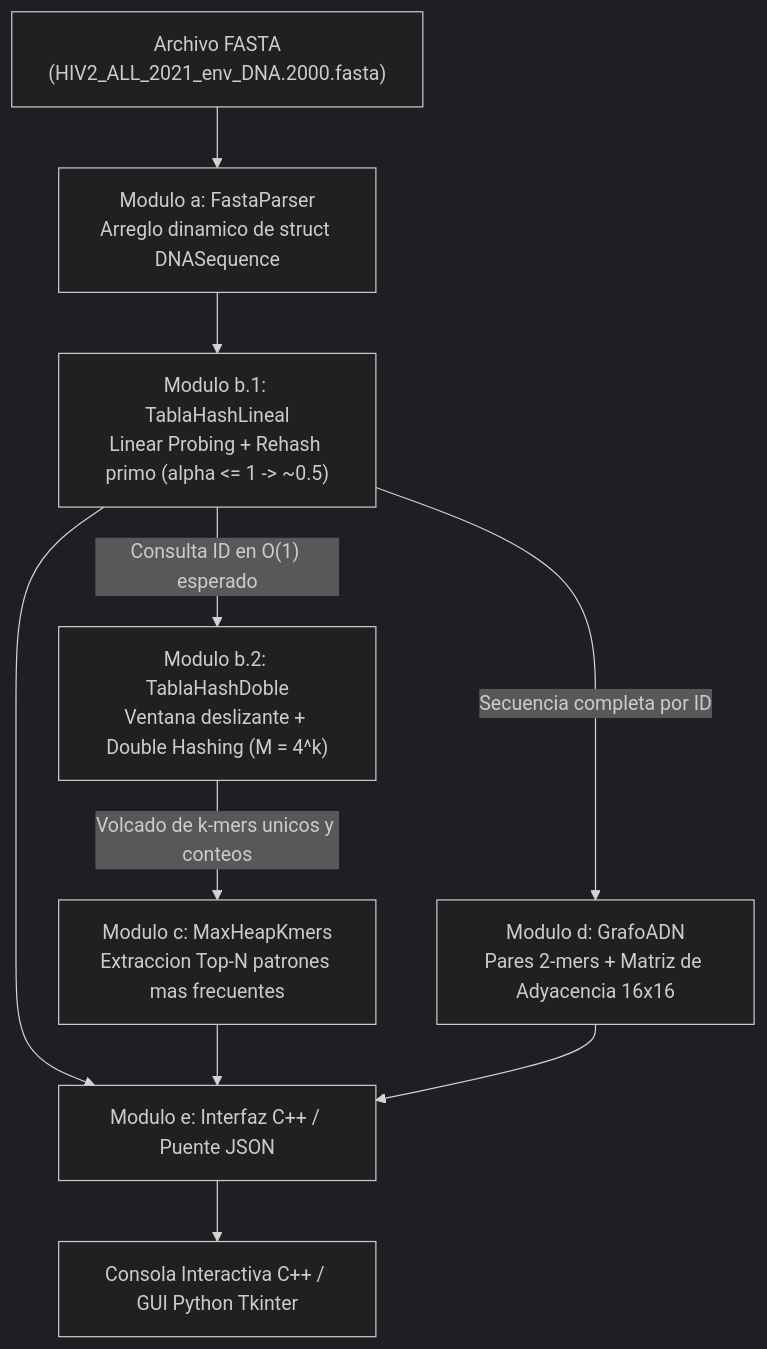
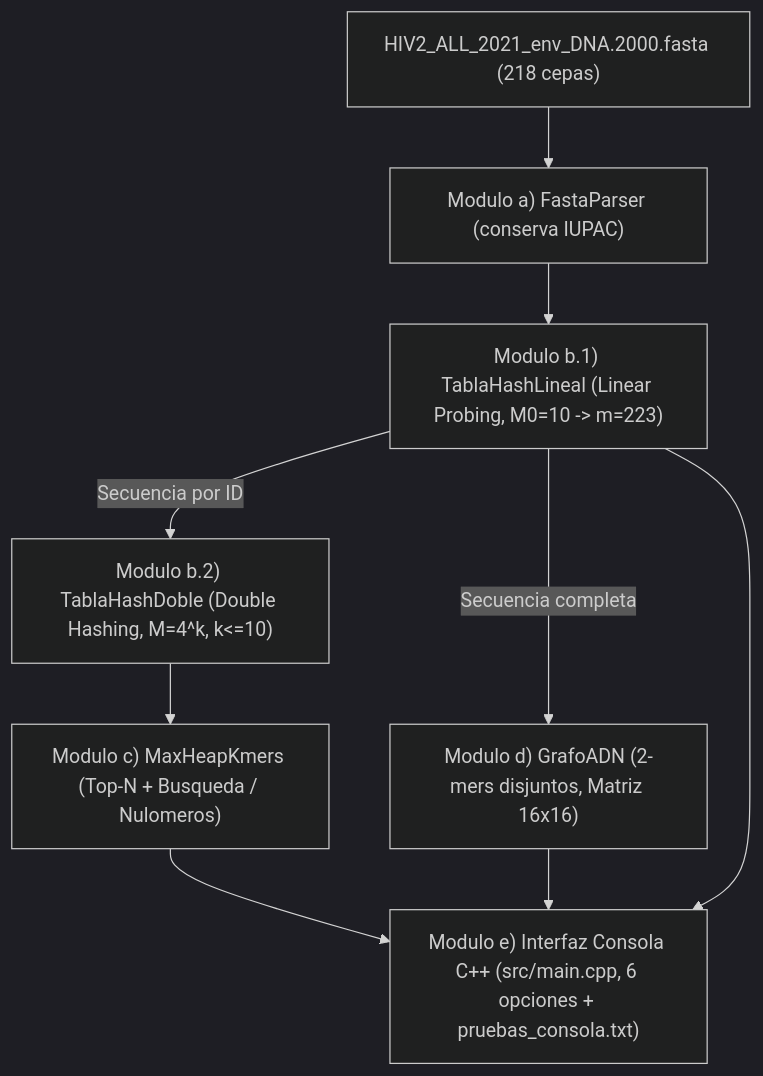
One commit to AndreTrigoso/ProyectoEDA2 changed the fourth of 4 diagrams in Informe_Proyecto_EDA.md. Above: the diagram before and after it, drawn with Mermaid (dark theme). The commit also changed other lines of this file and 5 other files, not shown here.

````diff
--- a/Informe_Proyecto_EDA.md
+++ b/Informe_Proyecto_EDA.md
@@ -135,12 +96,11 @@
 ```mermaid
 flowchart TD
-    A["Archivo FASTA<br/>(HIV2_ALL_2021_env_DNA.2000.fasta)"] --> B["Modulo a: FastaParser<br/>Arreglo dinamico de struct DNASequence"]
-    B --> C["Modulo b.1: TablaHashLineal<br/>Linear Probing + Rehash primo (alpha <= 1 -> ~0.5)"]
-    C -->|"Consulta ID en O(1) esperado"| D["Modulo b.2: TablaHashDoble<br/>Ventana deslizante + Double Hashing (M = 4^k)"]
-    C -->|"Secuencia completa por ID"| F["Modulo d: GrafoADN<br/>Pares 2-mers + Matriz de Adyacencia 16x16"]
-    D -->|"Volcado de k-mers unicos y conteos"| E["Modulo c: MaxHeapKmers<br/>Extraccion Top-N patrones mas frecuentes"]
-    C --> G["Modulo e: Interfaz C++ / Puente JSON"]
-    E --> G
+    A["HIV2_ALL_2021_env_DNA.2000.fasta (218 cepas)"] --> B["Modulo a) FastaParser (conserva IUPAC)"]
+    B --> C["Modulo b.1) TablaHashLineal (Linear Probing, M0=10 -> m=223)"]
+    C -->|"Secuencia por ID"| D["Modulo b.2) TablaHashDoble (Double Hashing, M=4^k, k<=10)"]
+    C -->|"Secuencia completa"| F["Modulo d) GrafoADN (2-mers disjuntos, Matriz 16x16)"]
+    D --> E["Modulo c) MaxHeapKmers (Top-N + Busqueda / Nulomeros)"]
+    E --> G["Modulo e) Interfaz Consola C++ (src/main.cpp, 6 opciones + pruebas_consola.txt)"]
     F --> G
-    G --> H["Consola Interactiva C++ / GUI Python Tkinter"]
+    C --> G
 ```
````
